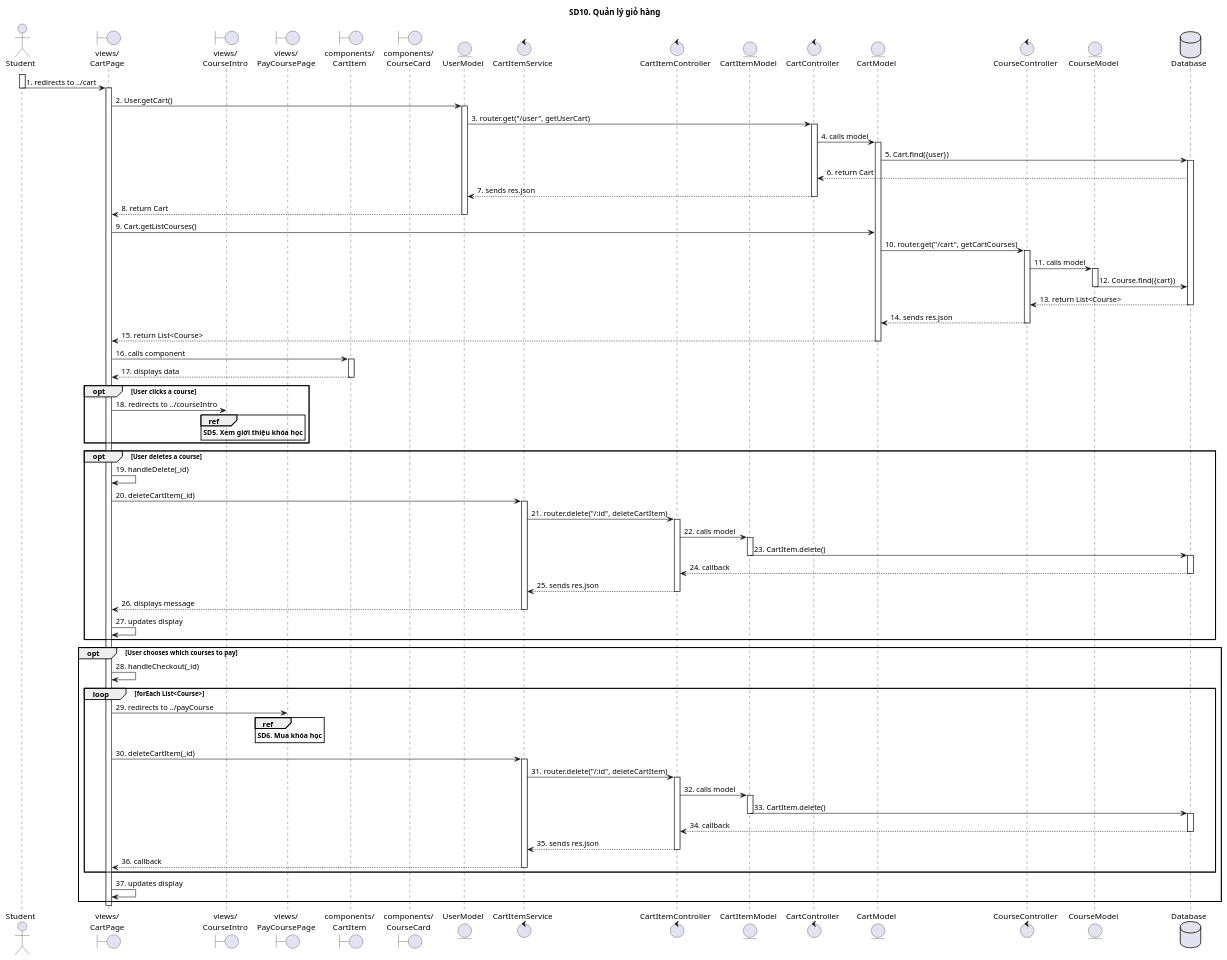
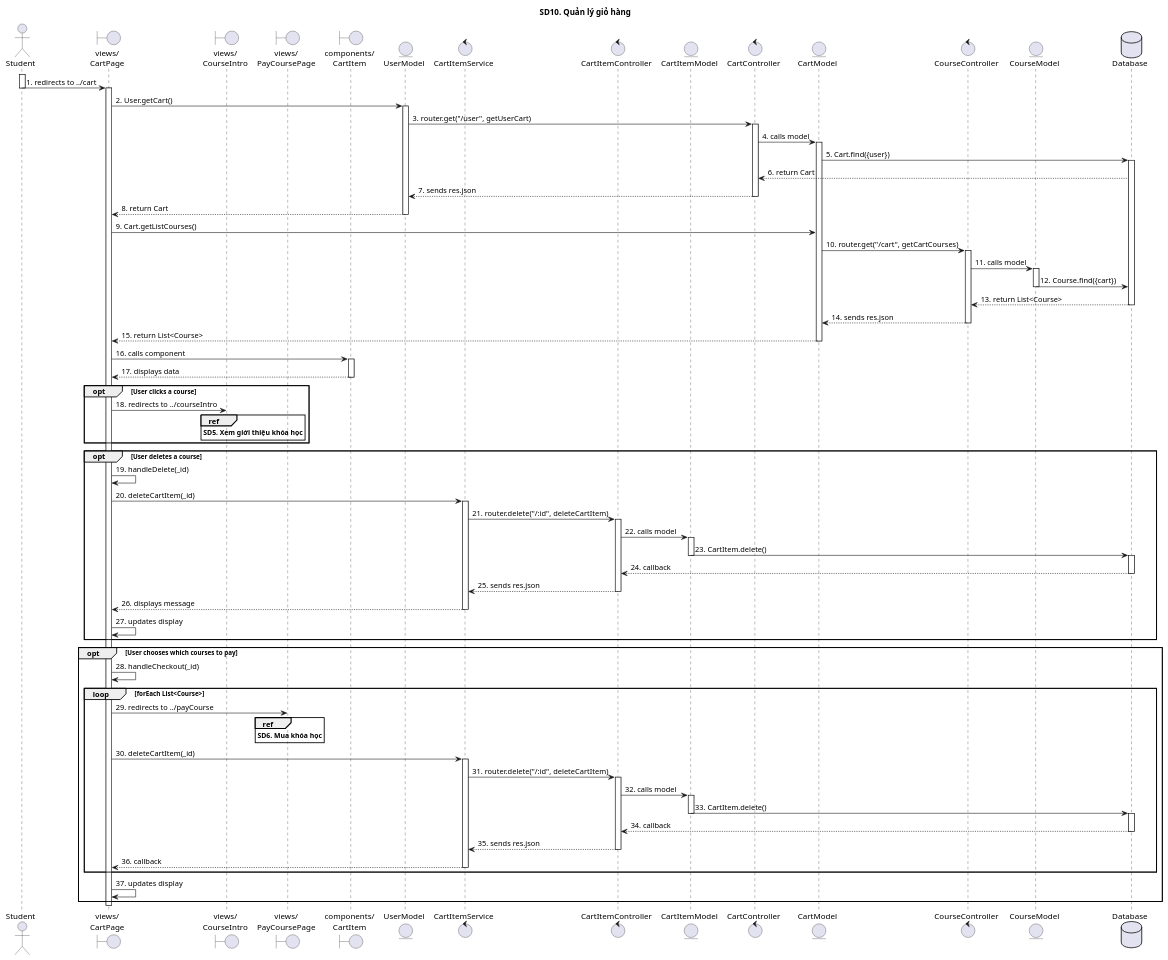
Before and after one commit to The-Cookies-Team/UML-Diagrams: the diagram in SequenceDiagrams/sd10.puml, drawn with PlantUML. The commit also changed 2 other files, not shown here.

```diff
--- a/SequenceDiagrams/sd10.puml
+++ b/SequenceDiagrams/sd10.puml
@@ -1,109 +1,108 @@
 @startuml
 
 title SD10. Quản lý giỏ hàng
 
 actor "Student" as Actor
 boundary "views/\nCartPage" as CartPage
 boundary "views/\nCourseIntro" as CourseIntro
 boundary "views/\nPayCoursePage" as PayCourse
 boundary "components/\nCartItem" as CartItem
-boundary "components/\nCourseCard" as CourseCard
 entity "UserModel"
 control "CartItemService"
 control "CartItemController"
 entity "CartItemModel"
 control "CartController"
 entity "CartModel"
 control "CourseController"
 entity "CourseModel"
 database "Database" as Database
 
 activate Actor
 Actor -> CartPage: 1. redirects to ../cart
 deactivate Actor
 activate CartPage
 CartPage -> UserModel: 2. User.getCart()
 activate UserModel
 UserModel -> CartController: 3. router.get("/user", getUserCart)
 activate CartController
 CartController -> CartModel: 4. calls model
 activate CartModel
 CartModel -> Database: 5. Cart.find({user})
 activate Database
 Database --> CartController: 6. return Cart
 CartController --> UserModel: 7. sends res.json
 deactivate CartController
 UserModel --> CartPage: 8. return Cart
 deactivate UserModel
 CartPage -> CartModel: 9. Cart.getListCourses()
 CartModel -> CourseController: 10. router.get("/cart", getCartCourses)
 activate CourseController
 CourseController -> CourseModel: 11. calls model
 activate CourseModel
 CourseModel -> Database: 12. Course.find({cart})
 deactivate CourseModel
 Database --> CourseController: 13. return List<Course>
 deactivate Database
 CourseController --> CartModel: 14. sends res.json
 deactivate CourseController
 CartModel --> CartPage: 15. return List<Course>
 deactivate CartModel
 CartPage -> CartItem: 16. calls component
 activate CartItem
 CartItem --> CartPage: 17. displays data
 deactivate CartItem
 
 opt User clicks a course
 CartPage -> CourseIntro: 18. redirects to ../courseIntro
 ref over CourseIntro
 **SD5. Xem giới thiệu khóa học**
 end ref
 end group
 
 opt User deletes a course
 CartPage -> CartPage: 19. handleDelete(_id)
 CartPage -> CartItemService: 20. deleteCartItem(_id)
 activate CartItemService
 CartItemService -> CartItemController: 21. router.delete("/:id", deleteCartItem)
 activate CartItemController
 CartItemController -> CartItemModel: 22. calls model
 activate CartItemModel
 CartItemModel -> Database: 23. CartItem.delete()
 deactivate CartItemModel
 activate Database
 Database --> CartItemController: 24. callback
 deactivate Database
 CartItemController --> CartItemService: 25. sends res.json
 deactivate CartItemController
 CartItemService --> CartPage: 26. displays message
 deactivate CartItemService
 CartPage -> CartPage: 27. updates display
 end group
 
 opt User chooses which courses to pay
 CartPage -> CartPage: 28. handleCheckout(_id)
 loop forEach List<Course>
 CartPage -> PayCourse: 29. redirects to ../payCourse
 ref over PayCourse
 **SD6. Mua khóa học**
 end ref
 CartPage -> CartItemService: 30. deleteCartItem(_id)
 activate CartItemService
 CartItemService -> CartItemController: 31. router.delete("/:id", deleteCartItem)
 activate CartItemController
 CartItemController -> CartItemModel: 32. calls model
 activate CartItemModel
 CartItemModel -> Database: 33. CartItem.delete()
 deactivate CartItemModel
 activate Database
 Database --> CartItemController: 34. callback
 deactivate Database
 CartItemController --> CartItemService: 35. sends res.json
 deactivate CartItemController
 CartItemService --> CartPage: 36. callback
 deactivate CartItemService
 end
 CartPage -> CartPage: 37. updates display
 end
 deactivate CartPage
 @enduml
```
